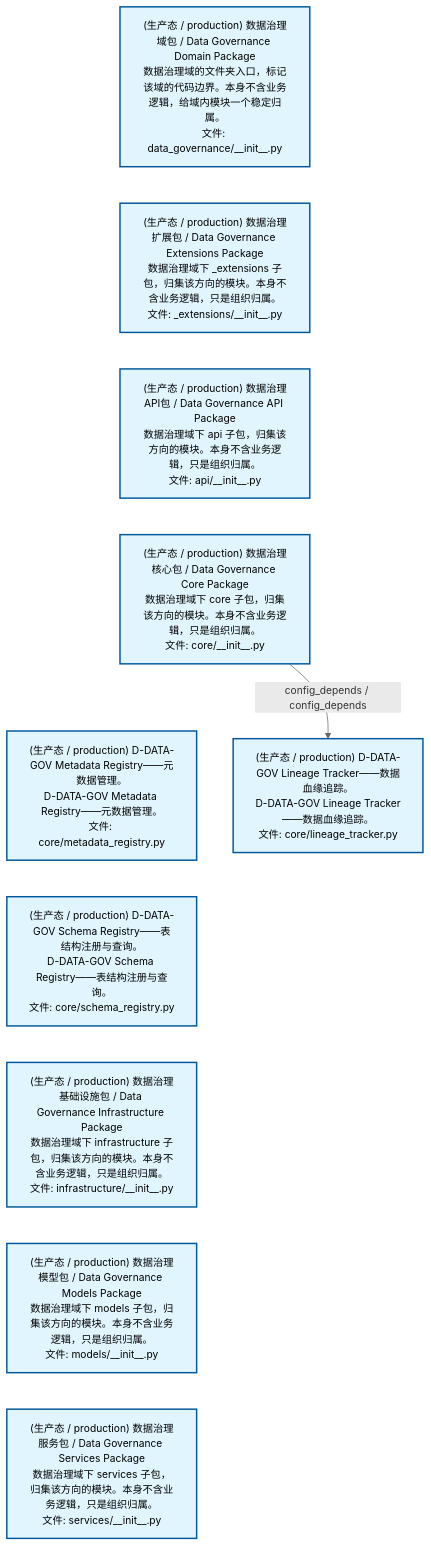
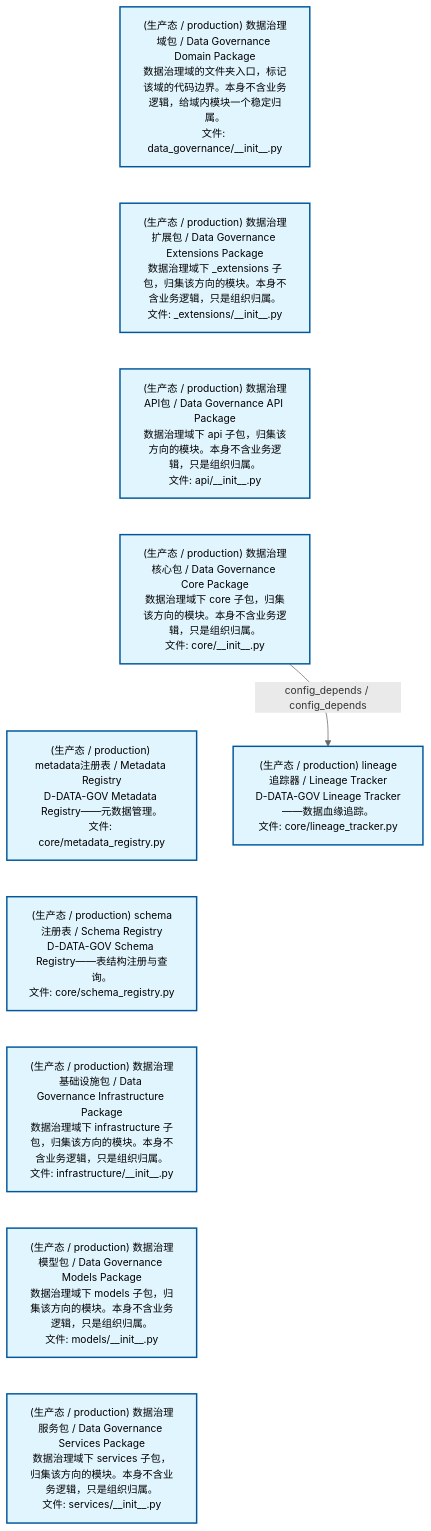
One commit to xuanFelixVan/ZephyrAlpha changed the diagram in docs/02_enterprise_architecture/02_domain_architecture_docs/13_d_data_gov.md. Above: the diagram before and after it, drawn with Mermaid. The commit also changed 49 other files, not shown here.

````diff
--- a/docs/02_enterprise_architecture/02_domain_architecture_docs/13_d_data_gov.md
+++ b/docs/02_enterprise_architecture/02_domain_architecture_docs/13_d_data_gov.md
@@ -53,28 +53,28 @@
 ```mermaid
 %%{init: {'theme': 'base', 'themeVariables': {'primaryColor': '#eaeaea', 'primaryTextColor': '#333333', 'primaryBorderColor': '#666666', 'lineColor': '#666666', 'secondaryColor': '#eaeaea', 'tertiaryColor': '#eaeaea', 'fontSize': '14px'}}}%%
 flowchart TD
     src_zephyr_data_governance_init_py["(生产态 / production) 数据治理域包 / Data Governance Domain Package<br/>数据治理域的文件夹入口，标记该域的代码边界。本身不含业务逻辑，给域内模块一个稳定归属。<br/>文件: data_governance/__init__.py"]
     src_zephyr_data_governance_extensions_init_py["(生产态 / production) 数据治理扩展包 / Data Governance Extensions Package<br/>数据治理域下 _extensions 子包，归集该方向的模块。本身不含业务逻辑，只是组织归属。<br/>文件: _extensions/__init__.py"]
     src_zephyr_data_governance_api_init_py["(生产态 / production) 数据治理API包 / Data Governance API Package<br/>数据治理域下 api 子包，归集该方向的模块。本身不含业务逻辑，只是组织归属。<br/>文件: api/__init__.py"]
     src_zephyr_data_governance_core_init_py["(生产态 / production) 数据治理核心包 / Data Governance Core Package<br/>数据治理域下 core 子包，归集该方向的模块。本身不含业务逻辑，只是组织归属。<br/>文件: core/__init__.py"]
-    src_zephyr_data_governance_core_metadata_registry_py["(生产态 / production) D-DATA-GOV Metadata Registry——元数据管理。<br/>D-DATA-GOV Metadata Registry——元数据管理。<br/>文件: core/metadata_registry.py"]
-    src_zephyr_data_governance_core_schema_registry_py["(生产态 / production) D-DATA-GOV Schema Registry——表结构注册与查询。<br/>D-DATA-GOV Schema Registry——表结构注册与查询。<br/>文件: core/schema_registry.py"]
+    src_zephyr_data_governance_core_metadata_registry_py["(生产态 / production) metadata注册表 / Metadata Registry<br/>D-DATA-GOV Metadata Registry——元数据管理。<br/>文件: core/metadata_registry.py"]
+    src_zephyr_data_governance_core_schema_registry_py["(生产态 / production) schema注册表 / Schema Registry<br/>D-DATA-GOV Schema Registry——表结构注册与查询。<br/>文件: core/schema_registry.py"]
     src_zephyr_data_governance_infrastructure_init_py["(生产态 / production) 数据治理基础设施包 / Data Governance Infrastructure Package<br/>数据治理域下 infrastructure 子包，归集该方向的模块。本身不含业务逻辑，只是组织归属。<br/>文件: infrastructure/__init__.py"]
     src_zephyr_data_governance_models_init_py["(生产态 / production) 数据治理模型包 / Data Governance Models Package<br/>数据治理域下 models 子包，归集该方向的模块。本身不含业务逻辑，只是组织归属。<br/>文件: models/__init__.py"]
     src_zephyr_data_governance_services_init_py["(生产态 / production) 数据治理服务包 / Data Governance Services Package<br/>数据治理域下 services 子包，归集该方向的模块。本身不含业务逻辑，只是组织归属。<br/>文件: services/__init__.py"]
     src_zephyr_data_governance_init_py ~~~ src_zephyr_data_governance_extensions_init_py
     src_zephyr_data_governance_extensions_init_py ~~~ src_zephyr_data_governance_api_init_py
     src_zephyr_data_governance_api_init_py ~~~ src_zephyr_data_governance_core_init_py
     src_zephyr_data_governance_core_init_py ~~~ src_zephyr_data_governance_core_metadata_registry_py
     src_zephyr_data_governance_core_metadata_registry_py ~~~ src_zephyr_data_governance_core_schema_registry_py
     src_zephyr_data_governance_core_schema_registry_py ~~~ src_zephyr_data_governance_infrastructure_init_py
     src_zephyr_data_governance_infrastructure_init_py ~~~ src_zephyr_data_governance_models_init_py
     src_zephyr_data_governance_models_init_py ~~~ src_zephyr_data_governance_services_init_py
-    src_zephyr_data_governance_core_lineage_tracker_py["(生产态 / production) D-DATA-GOV Lineage Tracker——数据血缘追踪。<br/>D-DATA-GOV Lineage Tracker——数据血缘追踪。<br/>文件: core/lineage_tracker.py"]
+    src_zephyr_data_governance_core_lineage_tracker_py["(生产态 / production) lineage追踪器 / Lineage Tracker<br/>D-DATA-GOV Lineage Tracker——数据血缘追踪。<br/>文件: core/lineage_tracker.py"]
     src_zephyr_data_governance_core_init_py -->|config_depends / config_depends| src_zephyr_data_governance_core_lineage_tracker_py
     classDef production fill:#e1f5fe,stroke:#01579b,stroke-width:2px,color:#000
     classDef design fill:#fff3e0,stroke:#e65100,stroke-width:2px,color:#000,stroke-dasharray: 5 5
     classDef external_prod fill:#e8f4fd,stroke:#0277bd,stroke-width:1px,color:#000
     classDef external_design fill:#fff8e7,stroke:#ef6c00,stroke-width:1px,color:#000,stroke-dasharray: 5 5
     class src_zephyr_data_governance_init_py,src_zephyr_data_governance_extensions_init_py,src_zephyr_data_governance_api_init_py,src_zephyr_data_governance_core_init_py,src_zephyr_data_governance_core_lineage_tracker_py,src_zephyr_data_governance_core_metadata_registry_py,src_zephyr_data_governance_core_schema_registry_py,src_zephyr_data_governance_infrastructure_init_py,src_zephyr_data_governance_models_init_py,src_zephyr_data_governance_services_init_py production
 ```
````
